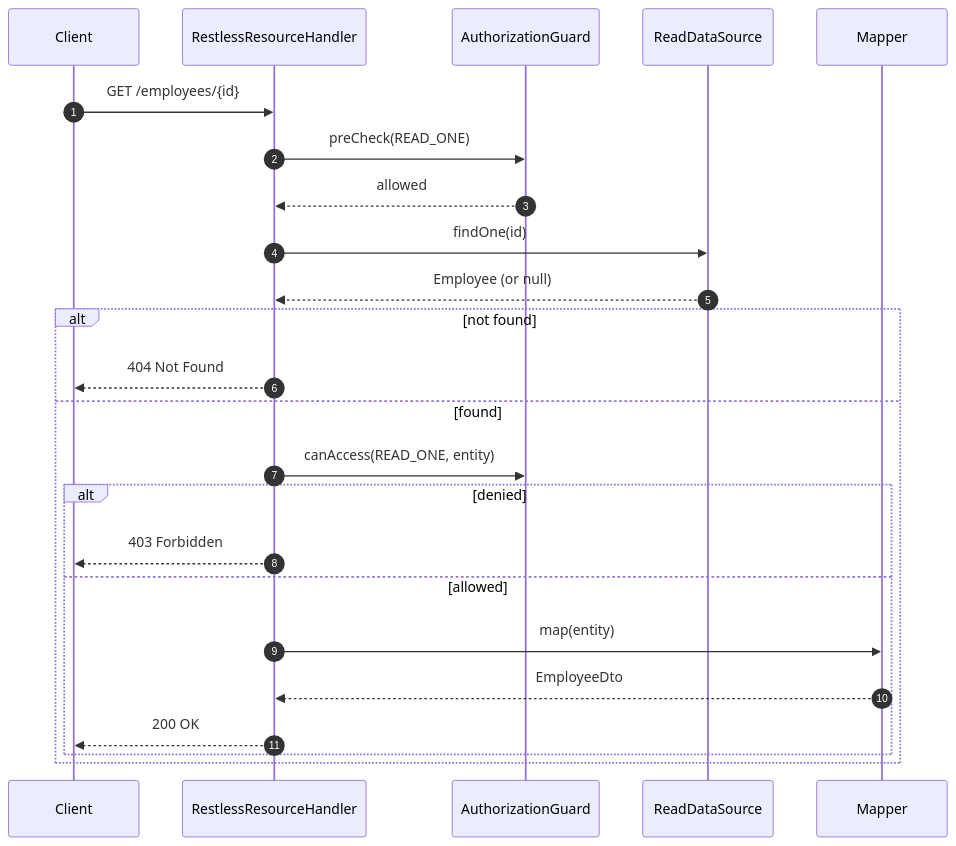
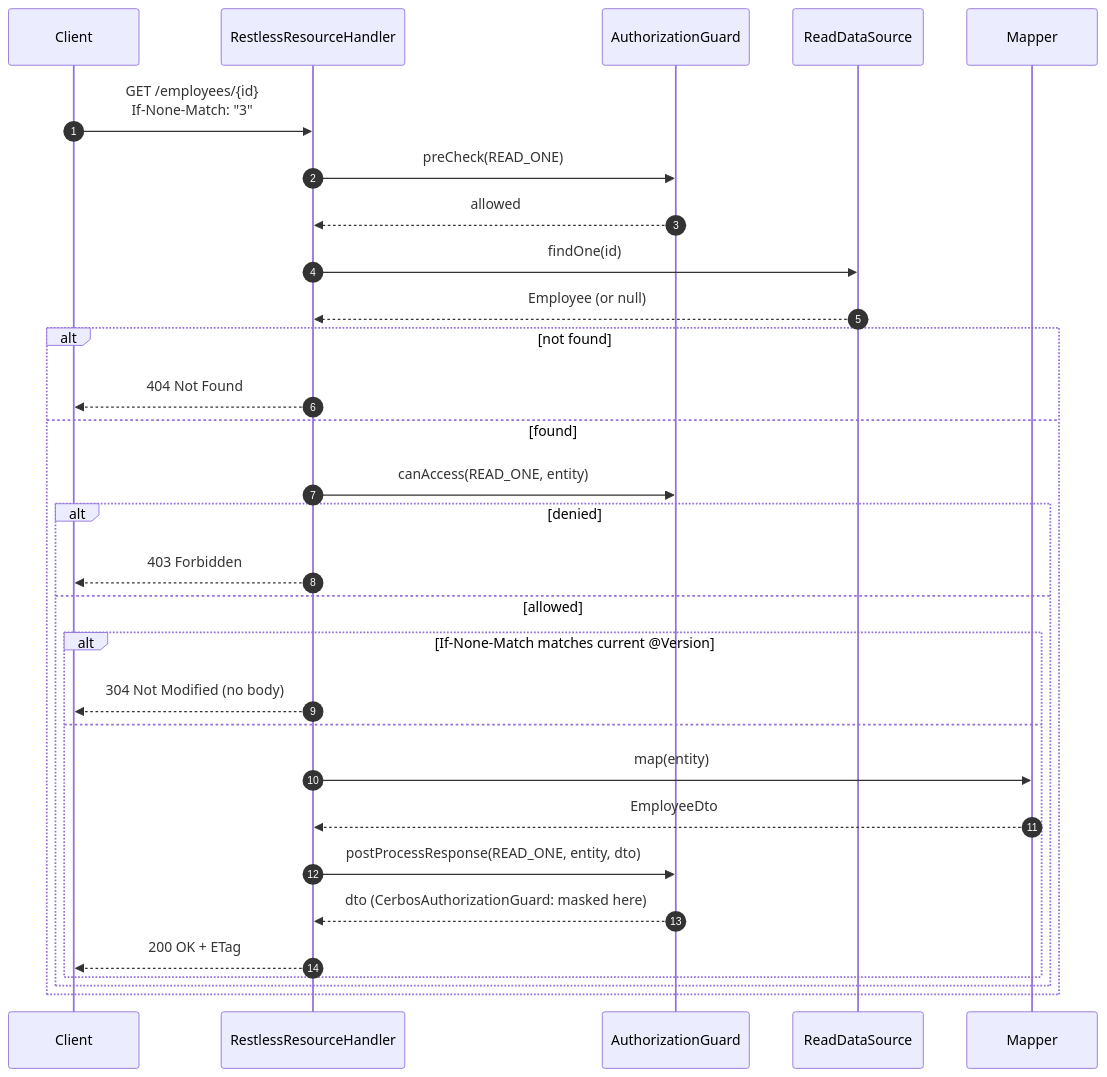
One commit to cristivoicu/springboot_restless changed the third of 9 diagrams in docs/DEEP_DIVE.md. Above: the diagram before and after it, drawn with Mermaid. The commit also changed other lines of this file and 14 other files, not shown here.

````diff
--- a/docs/DEEP_DIVE.md
+++ b/docs/DEEP_DIVE.md
@@ -256,27 +264,33 @@
 ```mermaid
 sequenceDiagram
     autonumber
     participant C as Client
     participant H as RestlessResourceHandler
     participant G as AuthorizationGuard
     participant D as ReadDataSource
     participant M as Mapper
 
-    C->>H: GET /employees/{id}
+    C->>H: GET /employees/{id}<br/>If-None-Match: "3"
     H->>G: preCheck(READ_ONE)
     G-->>H: allowed
     H->>D: findOne(id)
     D-->>H: Employee (or null)
     alt not found
         H-->>C: 404 Not Found
     else found
         H->>G: canAccess(READ_ONE, entity)
         alt denied
             H-->>C: 403 Forbidden
         else allowed
-            H->>M: map(entity)
-            M-->>H: EmployeeDto
-            H-->>C: 200 OK
+            alt If-None-Match matches current @Version
+                H-->>C: 304 Not Modified (no body)
+            else
+                H->>M: map(entity)
+                M-->>H: EmployeeDto
+                H->>G: postProcessResponse(READ_ONE, entity, dto)
+                G-->>H: dto (CerbosAuthorizationGuard: masked here)
+                H-->>C: 200 OK + ETag
+            end
         end
     end
 ```
````
